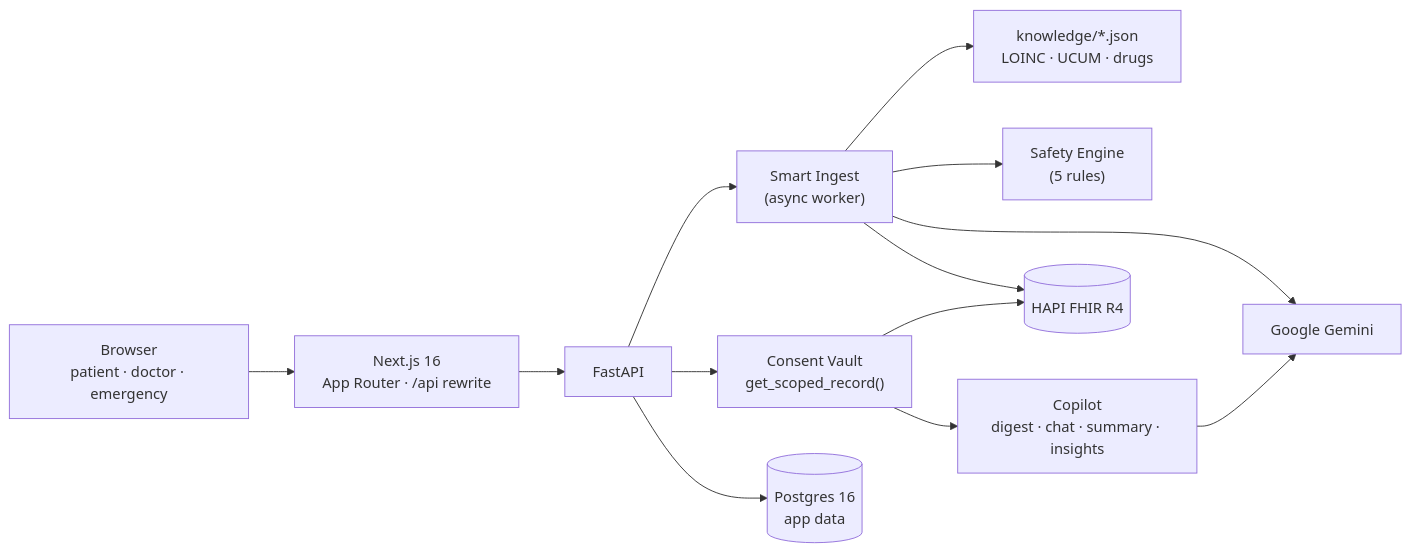
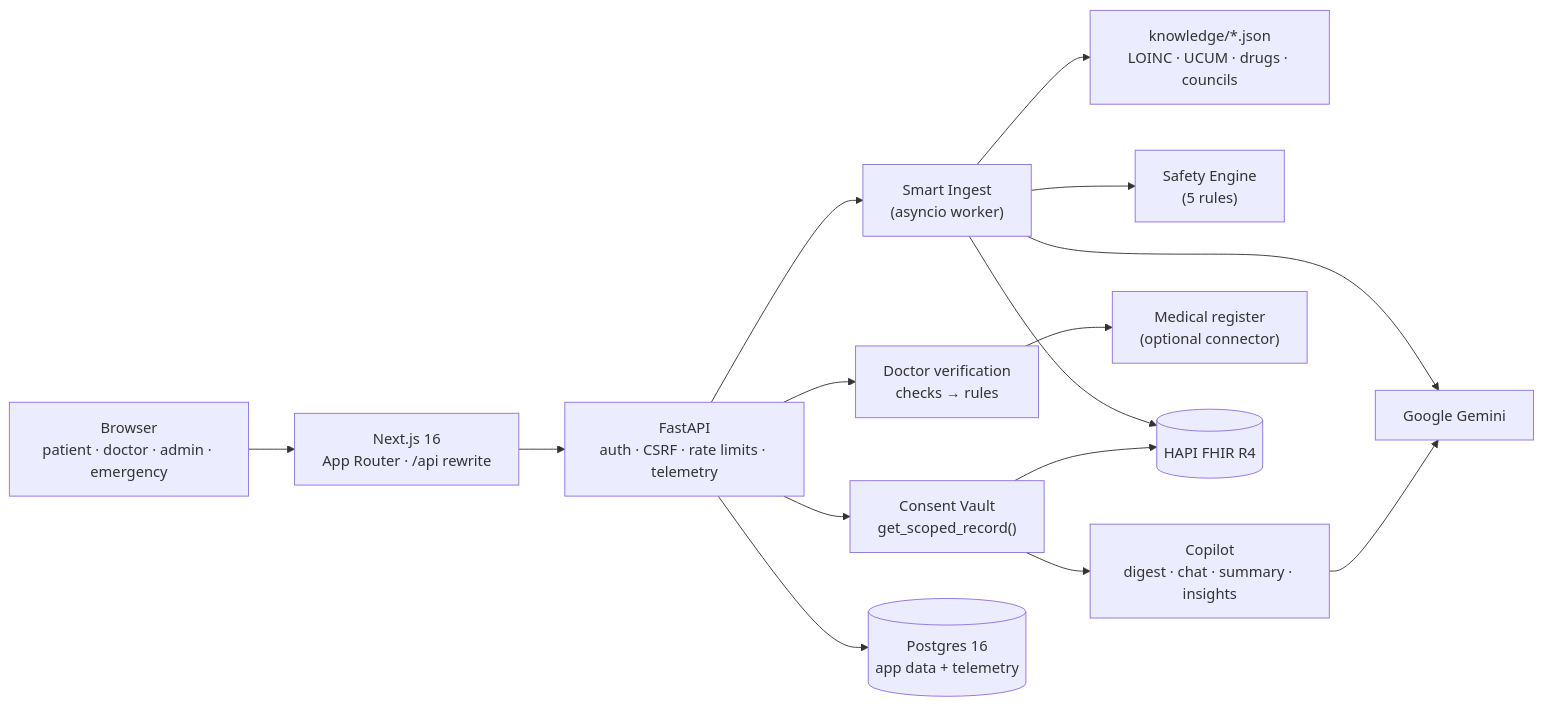
Before and after one commit to nithees-sj/medyx: the diagram in README.md, drawn with Mermaid. The commit also changed other lines of this file, not shown here.

Commit message:
docs: complete README for every part of the app; fix admin chart axis clipping

````diff
--- a/README.md
+++ b/README.md
@@ -32,11 +221,12 @@
 ```mermaid
 flowchart LR
-  B["Browser<br/>patient · doctor · emergency"] --> N["Next.js 16<br/>App Router · /api rewrite"]
-  N --> F["FastAPI"]
-  F --> I["Smart Ingest<br/>(async worker)"] --> G["Google Gemini"]
-  I --> K["knowledge/*.json<br/>LOINC · UCUM · drugs"]
+  B["Browser<br/>patient · doctor · admin · emergency"] --> N["Next.js 16<br/>App Router · /api rewrite"]
+  N --> F["FastAPI<br/>auth · CSRF · rate limits · telemetry"]
+  F --> I["Smart Ingest<br/>(asyncio worker)"] --> G["Google Gemini"]
+  I --> K["knowledge/*.json<br/>LOINC · UCUM · drugs · councils"]
   I --> S["Safety Engine<br/>(5 rules)"]
   F --> C["Consent Vault<br/>get_scoped_record()"] --> CP["Copilot<br/>digest · chat · summary · insights"] --> G
+  F --> V["Doctor verification<br/>checks → rules"] --> R["Medical register<br/>(optional connector)"]
   I & C --> H[("HAPI FHIR R4")]
-  F --> P[("Postgres 16<br/>app data")]
+  F --> P[("Postgres 16<br/>app data + telemetry")]
 ```
````
